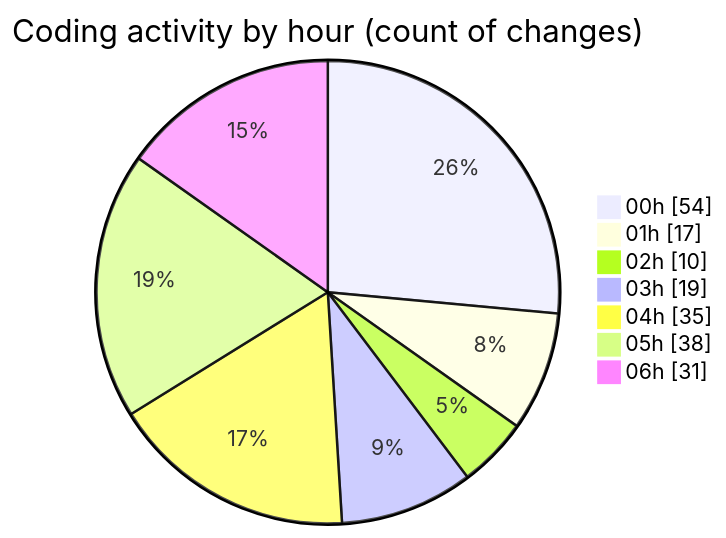
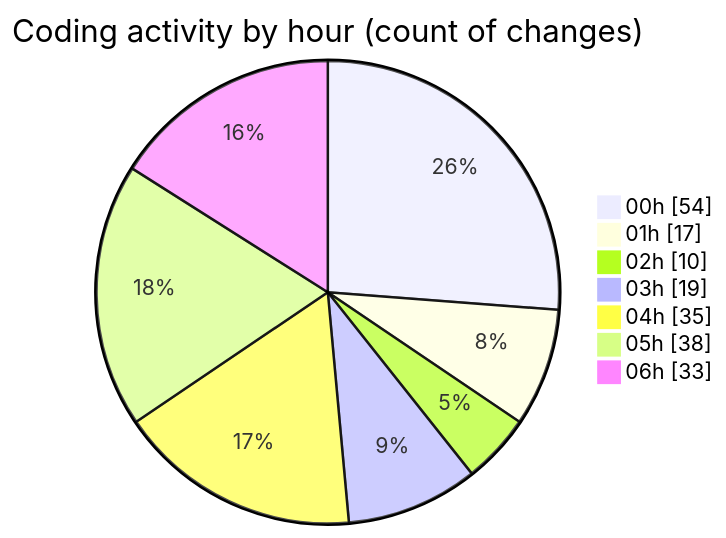
One commit to lephambinh05/code-tracking changed the second of 2 diagrams in 2025-07-26/quanlyrapchieuphim-1/README.md. Above: the diagram before and after it, drawn with Mermaid. The commit also changed other lines of this file and 1 other file, not shown here.

````diff
--- a/2025-07-26/quanlyrapchieuphim-1/README.md
+++ b/2025-07-26/quanlyrapchieuphim-1/README.md
@@ -53,11 +53,11 @@
 ```mermaid
 pie showData
 title Coding activity by hour (count of changes)
 "00h" : 54
 "01h" : 17
 "02h" : 10
 "03h" : 19
 "04h" : 35
 "05h" : 38
-"06h" : 31
+"06h" : 33
 ```
````
